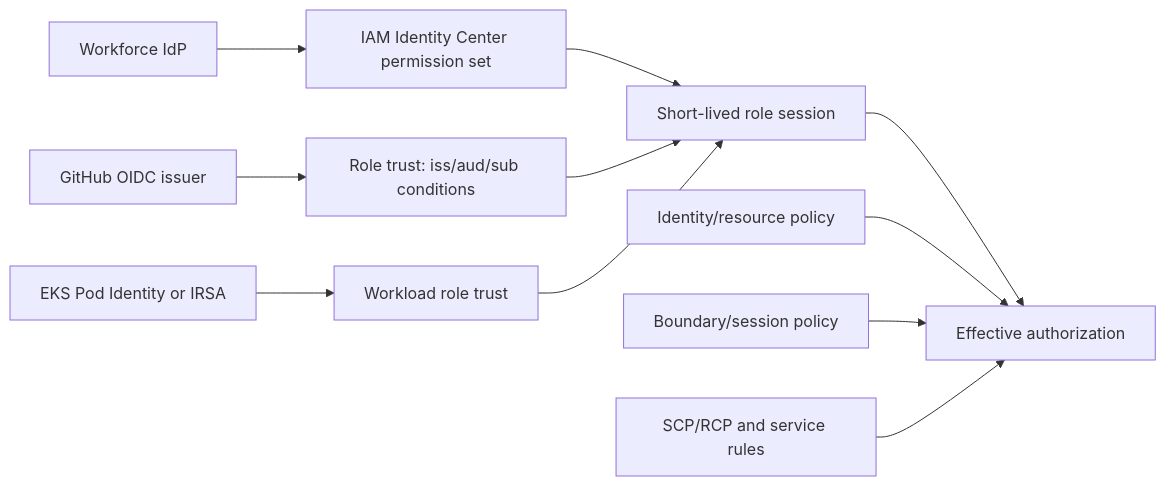
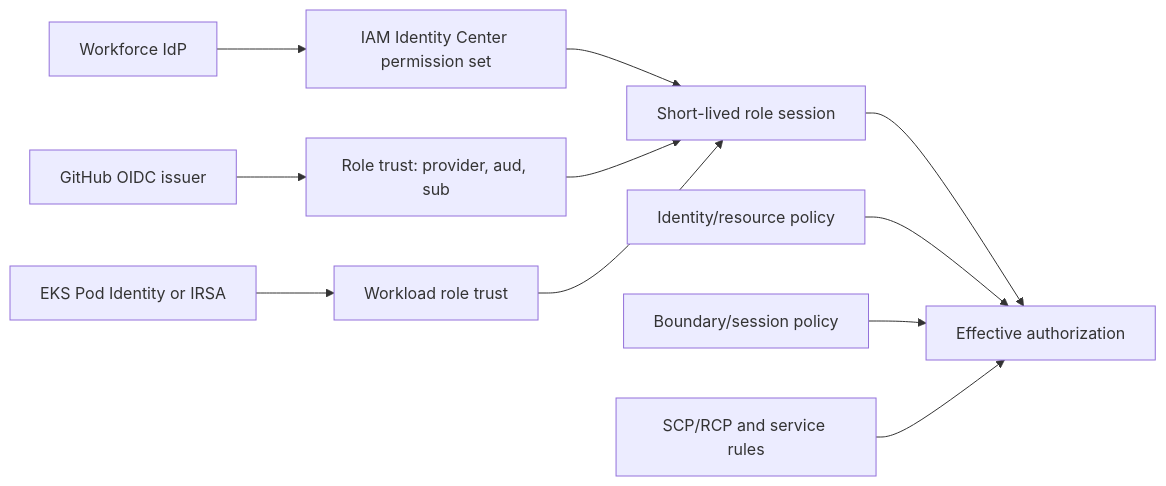
One commit to jasonachkar/cybersecurity-writeups changed the diagram in cloud-security/iam-at-scale.md. Above: the diagram before and after it, drawn with Mermaid. The commit also changed other lines of this file and 24 other files, not shown here.

````diff
--- a/cloud-security/iam-at-scale.md
+++ b/cloud-security/iam-at-scale.md
@@ -51,13 +54,13 @@
 ```mermaid
 flowchart LR
   W["Workforce IdP"] --> I["IAM Identity Center permission set"]
-  G["GitHub OIDC issuer"] --> T["Role trust: iss/aud/sub conditions"]
+  G["GitHub OIDC issuer"] --> T["Role trust: provider, aud, sub"]
   K["EKS Pod Identity or IRSA"] --> T2["Workload role trust"]
   I --> S["Short-lived role session"]
   T --> S
   T2 --> S
   S --> E["Effective authorization"]
   P["Identity/resource policy"] --> E
   B["Boundary/session policy"] --> E
   O["SCP/RCP and service rules"] --> E
 ```
````
